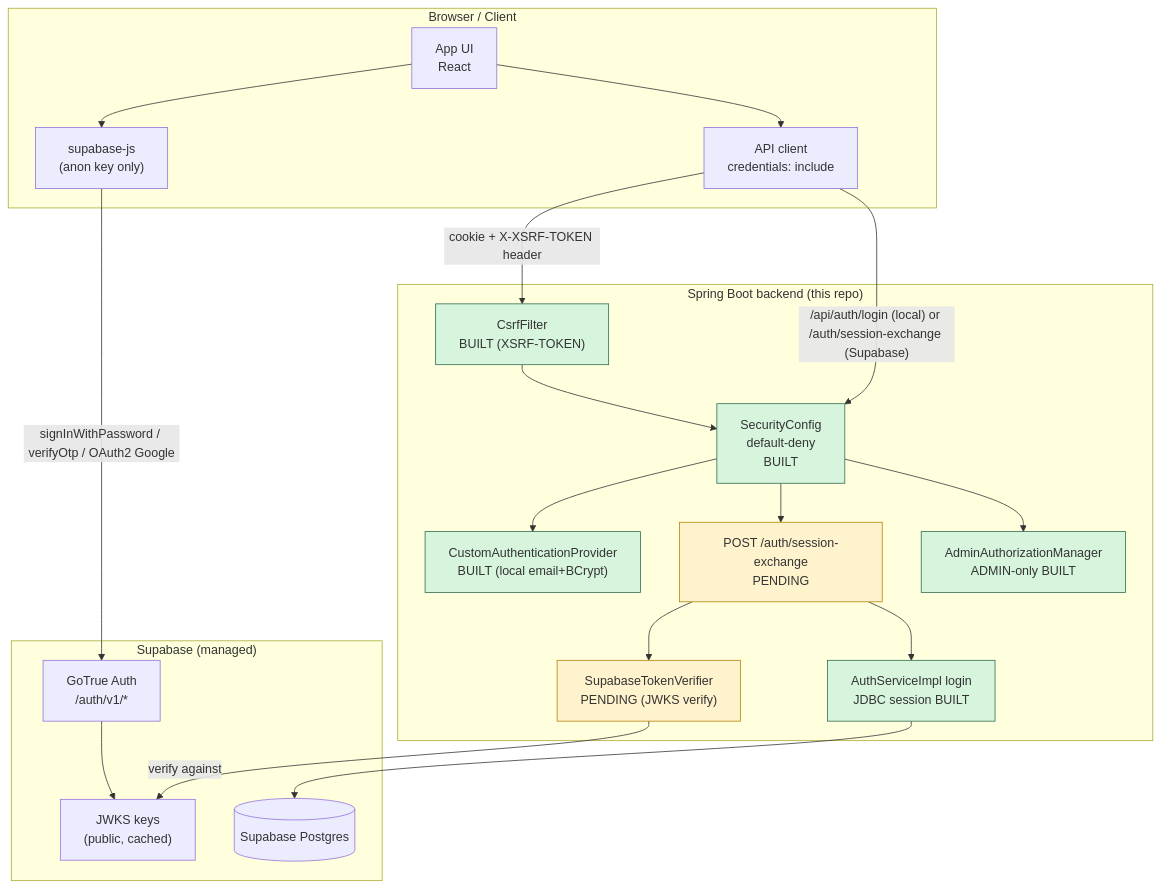
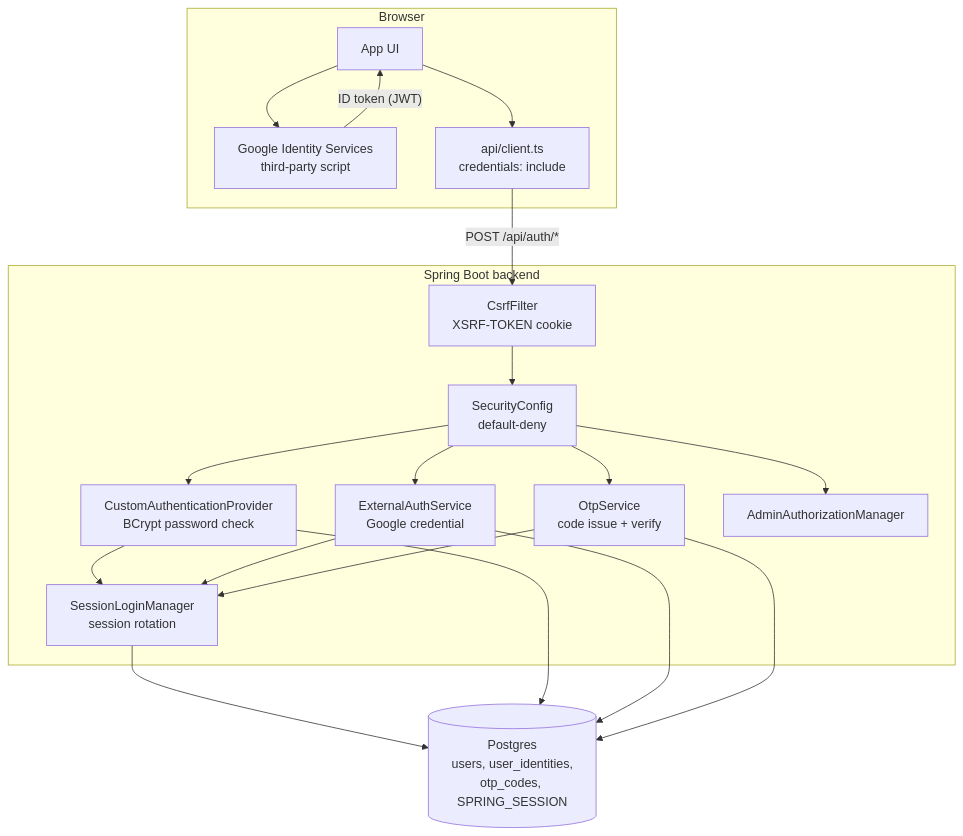
Before and after one commit to ishubhamrathi/platform: the first of 6 diagrams in docs/AUTH_ARCHITECTURE.md, drawn with Mermaid. The commit also changed other lines of this file and 2 other files, not shown here.

First line of the commit message:
Document Google SSO and OTP sign-in, bump backend submodule

````diff
--- a/docs/AUTH_ARCHITECTURE.md
+++ b/docs/AUTH_ARCHITECTURE.md
@@ -13,44 +50,37 @@
 ```mermaid
 flowchart TB
-    subgraph Client["Browser / Client"]
-        UI["App UI<br/>React"]
-        SB["supabase-js<br/>(anon key only)"]
-        APIClIENT["API client<br/>credentials: include"]
-        UI --> SB
-        UI --> APIClIENT
+    subgraph Client["Browser"]
+        UI["App UI"]
+        GIS["Google Identity Services<br/>third-party script"]
+        APICLIENT["api/client.ts<br/>credentials: include"]
+        UI --> GIS
+        UI --> APICLIENT
     end
 
-    subgraph Supabase["Supabase (managed)"]
-        AUTH["GoTrue Auth<br/>/auth/v1/*"]
-        JWKS["JWKS keys<br/>(public, cached)"]
-        DB[("Supabase Postgres")]
+    subgraph Backend["Spring Boot backend"]
+        CSRF["CsrfFilter<br/>XSRF-TOKEN cookie"]
+        FILTER["SecurityConfig<br/>default-deny"]
+        PROVIDER["CustomAuthenticationProvider<br/>BCrypt password check"]
+        EXT["ExternalAuthService<br/>Google credential"]
+        OTP["OtpService<br/>code issue + verify"]
+        SLM["SessionLoginManager<br/>session rotation"]
+        ADMIN["AdminAuthorizationManager"]
     end
 
-    subgraph Backend["Spring Boot backend (this repo)"]
-        CSRF["CsrfFilter<br/>BUILT (XSRF-TOKEN)"]
-        FILTER["SecurityConfig<br/>default-deny<br/>BUILT"]
-        PROVIDER["CustomAuthenticationProvider<br/>BUILT (local email+BCrypt)"]
-        SESSION["AuthServiceImpl login<br/>JDBC session BUILT"]
-        VERIFY["SupabaseTokenVerifier<br/>PENDING (JWKS verify)"]
-        EXCHANGE["POST /auth/session-exchange<br/>PENDING"]
-        ADMIN["AdminAuthorizationManager<br/>ADMIN-only BUILT"]
-    end
+    DB[("Postgres<br/>users, user_identities,<br/>otp_codes, SPRING_SESSION")]
 
-    SB -->|"signInWithPassword / verifyOtp / OAuth2 Google"| AUTH
-    AUTH --> JWKS
-    APIClIENT -->|"cookie + X-XSRF-TOKEN header"| CSRF
+    GIS -->|"ID token (JWT)"| UI
+    APICLIENT -->|"POST /api/auth/*"| CSRF
     CSRF --> FILTER
-    APIClIENT -->|"/api/auth/login (local) or /auth/session-exchange (Supabase)"| FILTER
     FILTER --> PROVIDER
-    FILTER --> EXCHANGE
-    EXCHANGE --> VERIFY
-    VERIFY -->|"verify against"| JWKS
-    EXCHANGE --> SESSION
-    SESSION --> DB
+    FILTER --> EXT
+    FILTER --> OTP
+    PROVIDER --> SLM
+    EXT --> SLM
+    OTP --> SLM
+    SLM --> DB
     FILTER --> ADMIN
-
-    classDef built fill:#d7f5dd,stroke:#2d6a4f
-    classDef pend fill:#fff3cd,stroke:#b58105
-    class CSRF,FILTER,PROVIDER,SESSION,ADMIN built
-    class VERIFY,EXCHANGE pend
+    PROVIDER --> DB
+    EXT --> DB
+    OTP --> DB
 ```
````
